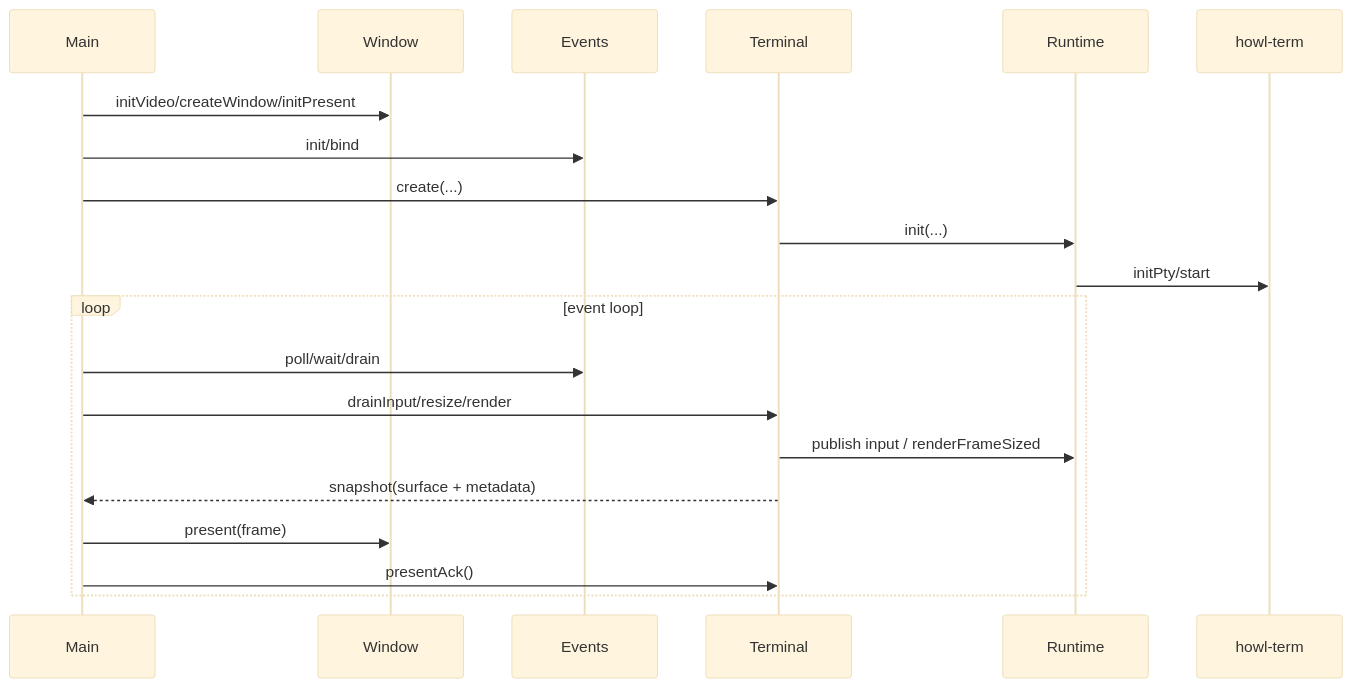
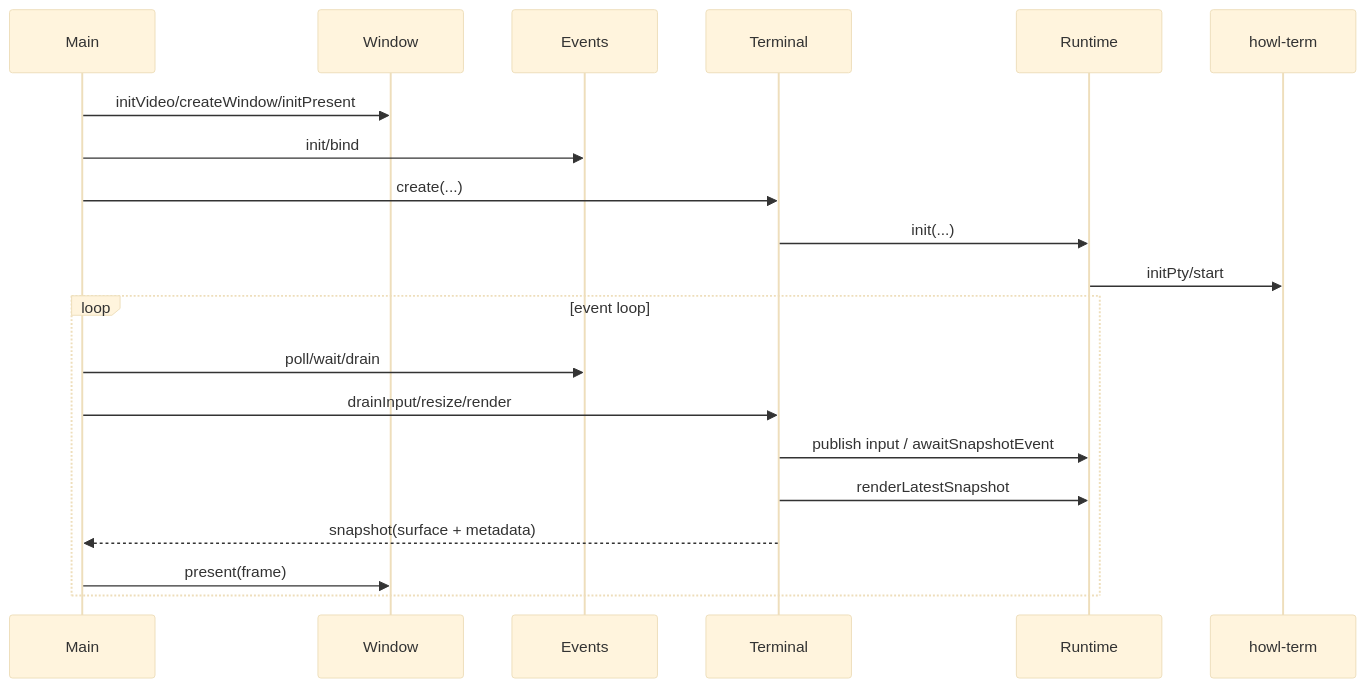
Before and after one commit to LaurenceGuws/howl-linux-host: the third of 3 diagrams in design.md, drawn with Mermaid (base theme). The commit also changed other lines of this file and 3 other files, not shown here.

Commit message:
Adopt snapshot event rendering in Linux host

````diff
--- a/design.md
+++ b/design.md
@@ -61,23 +61,23 @@
 ```mermaid
 sequenceDiagram
     participant Main
     participant W as Window
     participant E as Events
     participant T as Terminal
     participant R as Runtime
     participant C as howl-term
 
     Main->>W: initVideo/createWindow/initPresent
     Main->>E: init/bind
     Main->>T: create(...)
     T->>R: init(...)
     R->>C: initPty/start
     loop event loop
         Main->>E: poll/wait/drain
         Main->>T: drainInput/resize/render
-        T->>R: publish input / renderFrameSized
+        T->>R: publish input / awaitSnapshotEvent
+        T->>R: renderLatestSnapshot
         T-->>Main: snapshot(surface + metadata)
         Main->>W: present(frame)
-        Main->>T: presentAck()
     end
 ```
````
